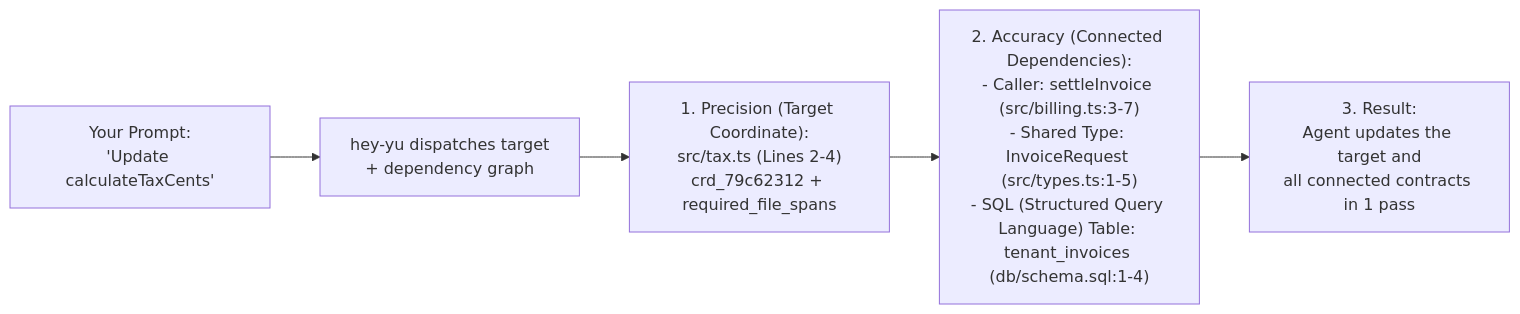
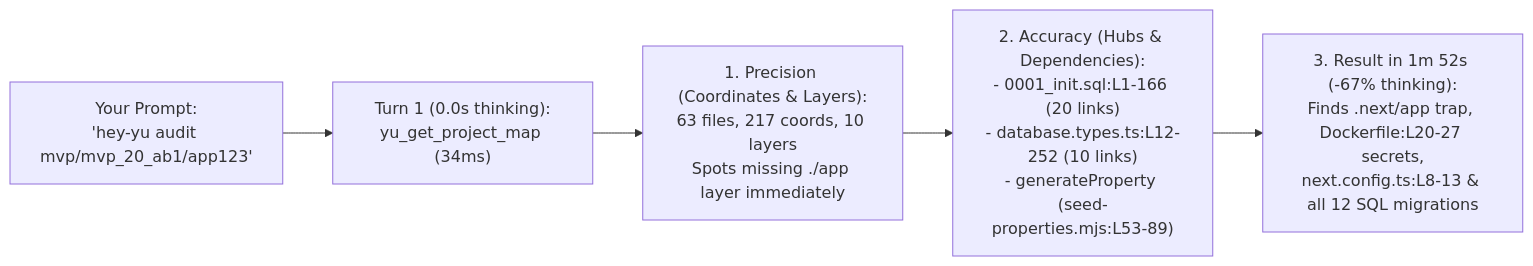
One commit to yuyurooms/hey-yu changed the first of 2 diagrams in README.md. Above: the diagram before and after it, drawn with Mermaid. The commit also changed other lines of this file, not shown here.

Commit message:
docs(readme): structure narrative around real app123 case study, MCP logs, and daily iteration math

````diff
--- a/README.md
+++ b/README.md
@@ -102,7 +228,7 @@
 ```mermaid
 flowchart LR
-    Prompt["Your Prompt:<br/>'Update calculateTaxCents'"] --> Resolve["hey-yu dispatches target<br/>+ dependency graph"]
-    Resolve --> Target["1. Precision (Target Coordinate):<br/>src/tax.ts (Lines 2-4)<br/>crd_79c62312 + required_file_spans"]
-    Target --> Deps["2. Accuracy (Connected Dependencies):<br/>- Caller: settleInvoice (src/billing.ts:3-7)<br/>- Shared Type: InvoiceRequest (src/types.ts:1-5)<br/>- SQL (Structured Query Language) Table: tenant_invoices (db/schema.sql:1-4)"]
-    Deps --> Result["3. Result:<br/>Agent updates the target and<br/>all connected contracts in 1 pass"]
+    Prompt["Your Prompt:<br/>'hey-yu audit mvp/mvp_20_ab1/app123'"] --> Resolve["Turn 1 (0.0s thinking):<br/>yu_get_project_map (34ms)"]
+    Resolve --> Target["1. Precision (Coordinates & Layers):<br/>63 files, 217 coords, 10 layers<br/>Spots missing ./app layer immediately"]
+    Target --> Deps["2. Accuracy (Hubs & Dependencies):<br/>- 0001_init.sql:L1-166 (20 links)<br/>- database.types.ts:L12-252 (10 links)<br/>- generateProperty (seed-properties.mjs:L53-89)"]
+    Deps --> Result["3. Result in 1m 52s (-67% thinking):<br/>Finds .next/app trap, Dockerfile:L20-27 secrets,<br/>next.config.ts:L8-13 & all 12 SQL migrations"]
 ```
````
